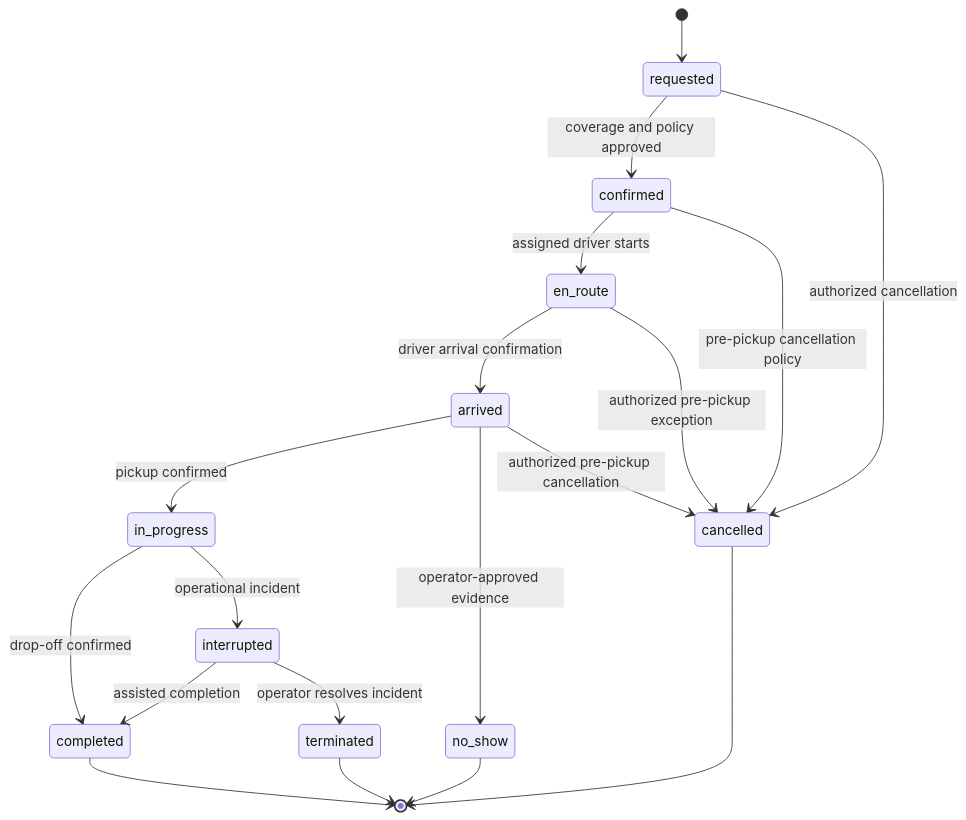
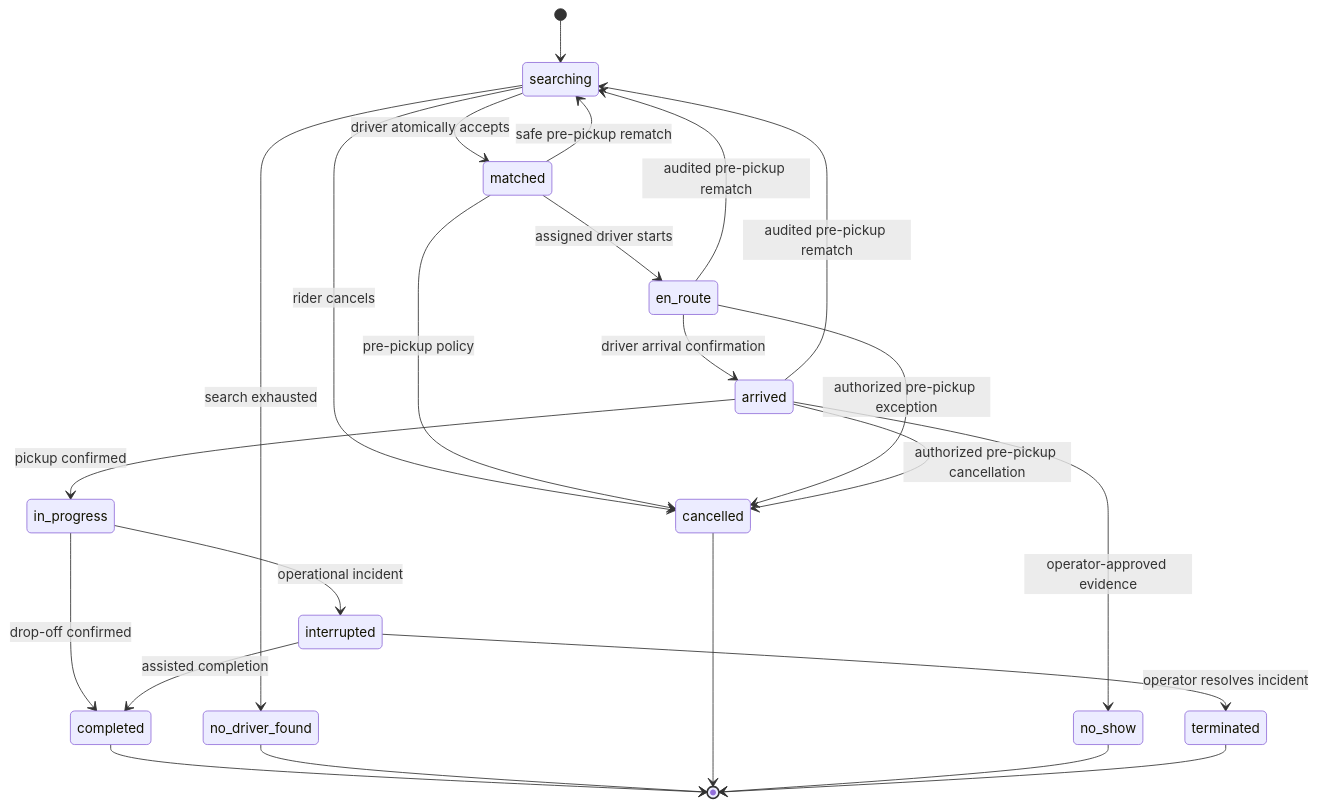
Before and after one commit to SahilWikhe/Rove_Mobile: the diagram in docs/04-api-and-domain.md, drawn with Mermaid. The commit also changed other lines of this file and 16 other files, not shown here.

````diff
--- a/docs/04-api-and-domain.md
+++ b/docs/04-api-and-domain.md
@@ -43,21 +61,26 @@
 ```mermaid
 stateDiagram-v2
-    [*] --> requested
-    requested --> confirmed: coverage and policy approved
-    requested --> cancelled: authorized cancellation
-    confirmed --> en_route: assigned driver starts
-    confirmed --> cancelled: pre-pickup cancellation policy
+    [*] --> searching
+    searching --> matched: driver atomically accepts
+    searching --> no_driver_found: search exhausted
+    searching --> cancelled: rider cancels
+    matched --> en_route: assigned driver starts
+    matched --> searching: safe pre-pickup rematch
+    matched --> cancelled: pre-pickup policy
     en_route --> arrived: driver arrival confirmation
+    en_route --> searching: audited pre-pickup rematch
     en_route --> cancelled: authorized pre-pickup exception
     arrived --> in_progress: pickup confirmed
+    arrived --> searching: audited pre-pickup rematch
     arrived --> no_show: operator-approved evidence
     arrived --> cancelled: authorized pre-pickup cancellation
     in_progress --> completed: drop-off confirmed
     in_progress --> interrupted: operational incident
     interrupted --> completed: assisted completion
     interrupted --> terminated: operator resolves incident
     completed --> [*]
+    no_driver_found --> [*]
     cancelled --> [*]
     no_show --> [*]
     terminated --> [*]
 ```
````
